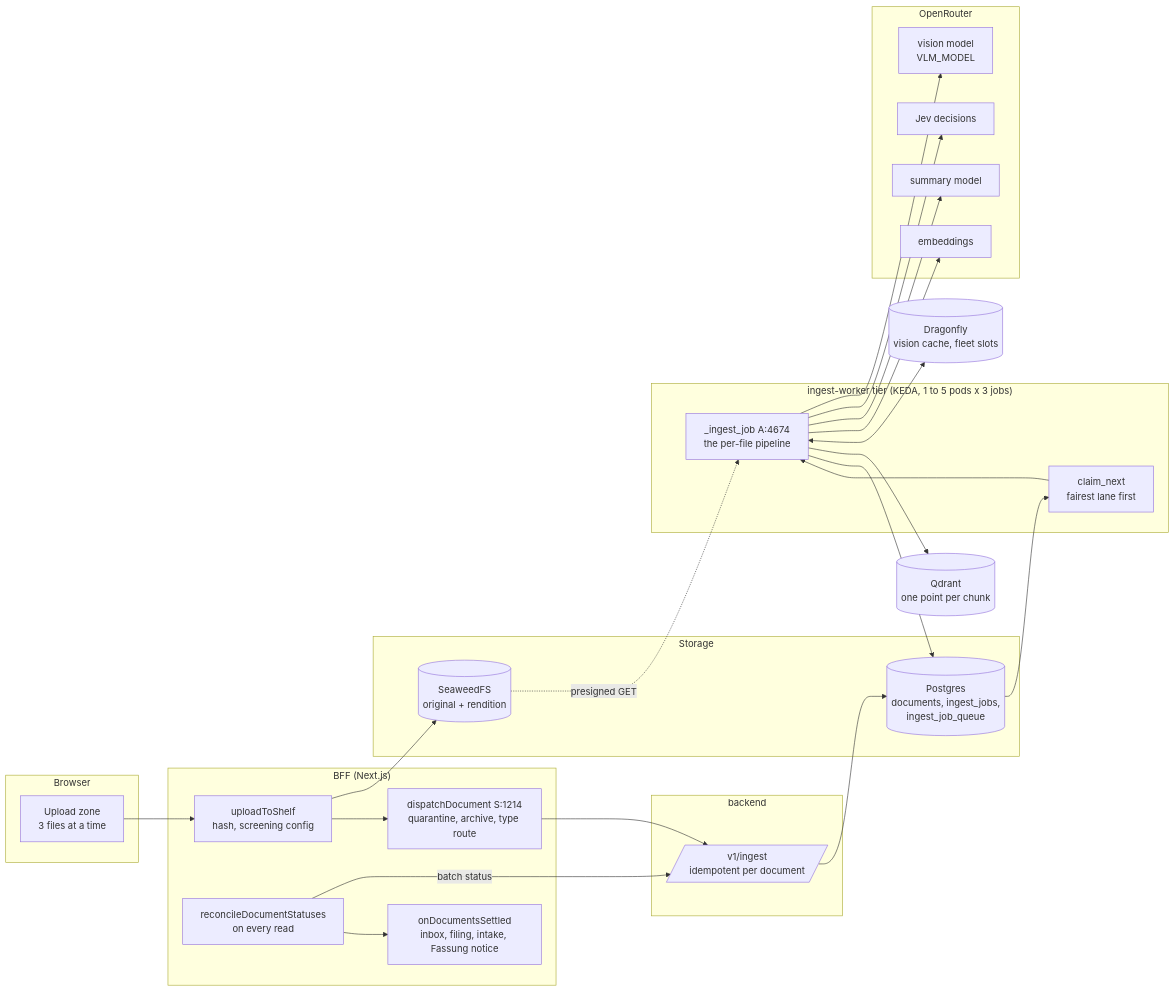
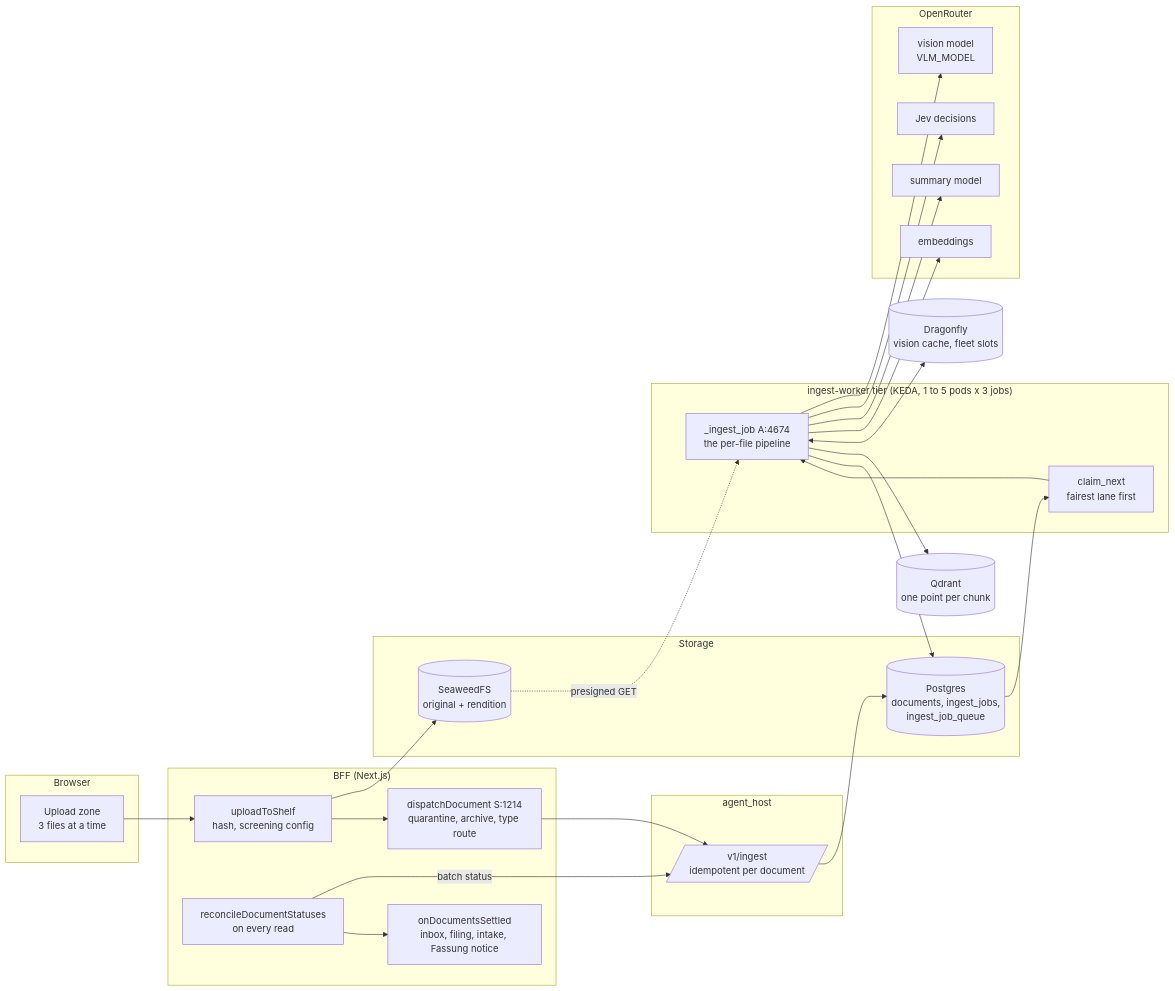
The first of 6 diagrams in docs/architecture/ingestion-pipeline.md (archos-at/archos), drawn with Mermaid before and after one commit. The commit also changed other lines of this file and 311 other files, not shown here.

First line of the commit message:
refactor(agent): name the API package agent_host

````diff
--- a/docs/architecture/ingestion-pipeline.md
+++ b/docs/architecture/ingestion-pipeline.md
@@ -20,42 +20,42 @@
 ```mermaid
 flowchart LR
   subgraph Browser
     U[Upload zone<br/>3 files at a time]
   end
   subgraph BFF["BFF (Next.js)"]
     UP[uploadToShelf<br/>hash, screening config]
     DD[dispatchDocument S:1214<br/>quarantine, archive, type route]
     RC[reconcileDocumentStatuses<br/>on every read]
     ST[onDocumentsSettled<br/>inbox, filing, intake, Fassung notice]
   end
   subgraph Storage
     SW[(SeaweedFS<br/>original + rendition)]
     PG[(Postgres<br/>documents, ingest_jobs,<br/>ingest_job_queue)]
   end
-  subgraph API["backend"]
+  subgraph API["agent_host"]
     IN[/v1/ingest<br/>idempotent per document/]
   end
   subgraph Worker["ingest-worker tier (KEDA, 1 to 5 pods x 3 jobs)"]
     CL[claim_next<br/>fairest lane first]
     PL[_ingest_job A:4674<br/>the per-file pipeline]
   end
   subgraph Providers["OpenRouter"]
     VLM[vision model<br/>VLM_MODEL]
     JEV[Jev decisions]
     LLM[summary model]
     EMB[embeddings]
   end
   Q[(Qdrant<br/>one point per chunk)]
   DF[(Dragonfly<br/>vision cache, fleet slots)]
 
   U --> UP --> SW
   UP --> DD --> IN --> PG
   PG --> CL --> PL
   SW -. presigned GET .-> PL
   PL --> VLM & JEV & LLM & EMB
   PL <--> DF
   PL --> Q
   PL --> PG
   RC -- batch status --> IN
   RC --> ST
 ```
````
